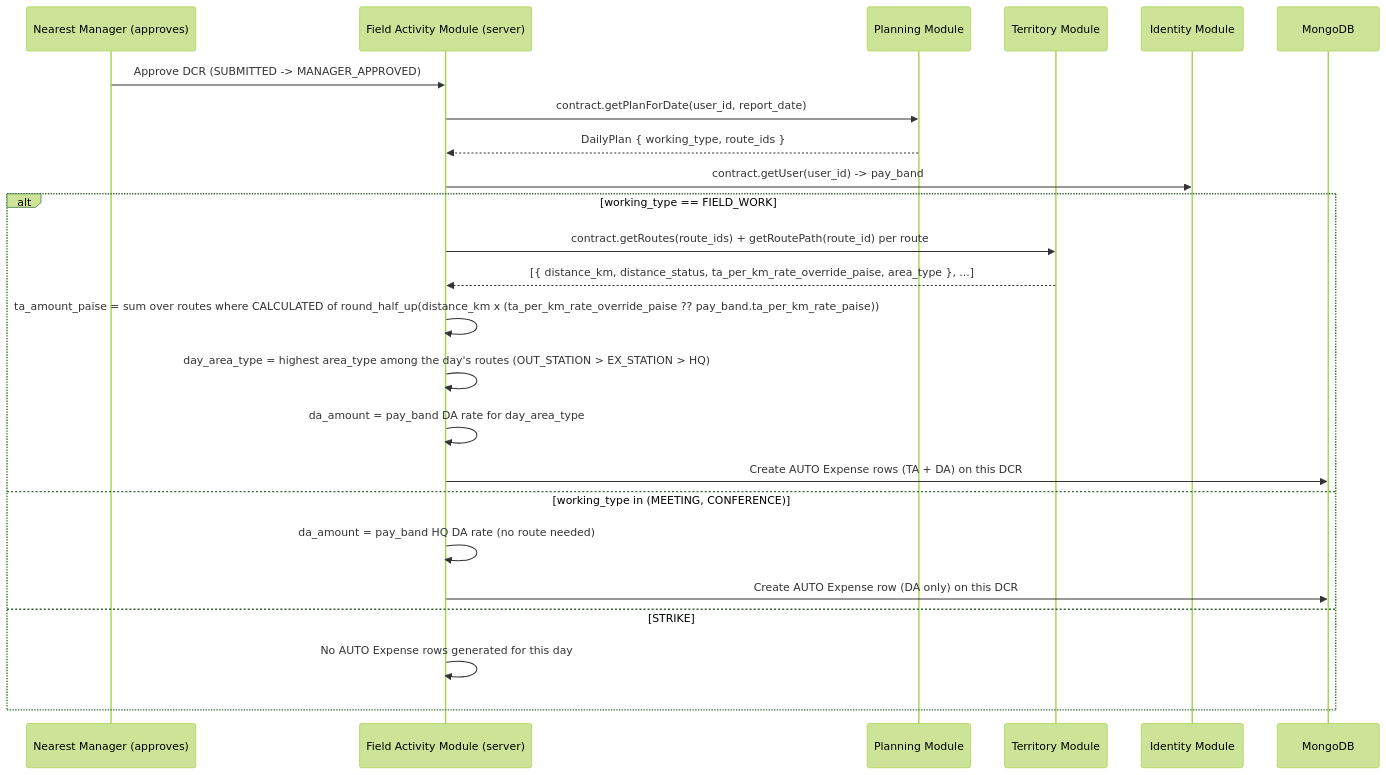
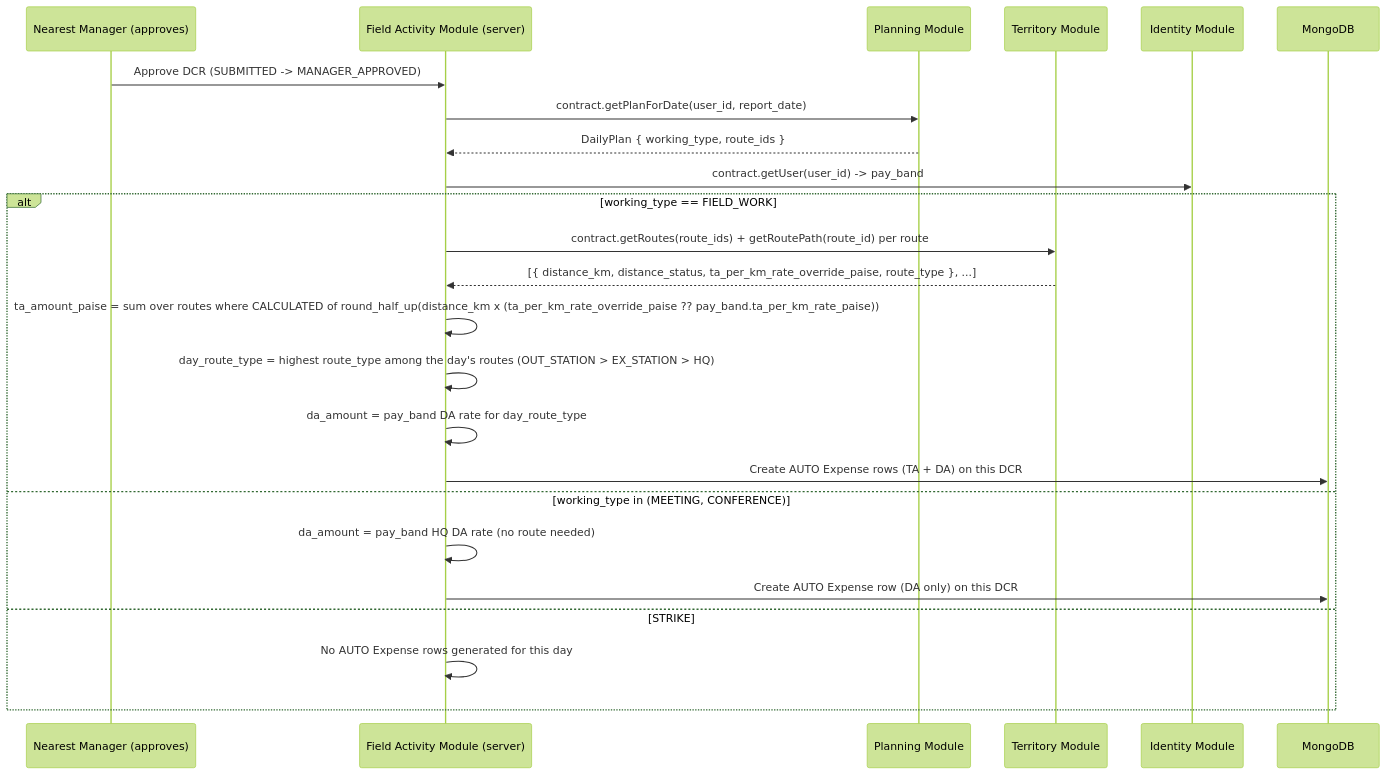
The diagram in docs/hld/06-ta-da-auto-calculation.md (reboot-ai-private-limited/greynote), drawn with Mermaid (forest theme) before and after one commit. The commit also changed other lines of this file and 14 other files, not shown here.

First line of the commit message:
docs(territory): flatten to Zone → HQ → Route — HQ base place, Route destination and type

````diff
--- a/docs/hld/06-ta-da-auto-calculation.md
+++ b/docs/hld/06-ta-da-auto-calculation.md
@@ -21,27 +21,27 @@
 ```mermaid
 sequenceDiagram
     participant Mgr as Nearest Manager (approves)
     participant FA as Field Activity Module (server)
     participant Planning as Planning Module
     participant Territory as Territory Module
     participant Identity as Identity Module
     participant DB as MongoDB
 
     Mgr->>FA: Approve DCR (SUBMITTED -> MANAGER_APPROVED)
     FA->>Planning: contract.getPlanForDate(user_id, report_date)
     Planning-->>FA: DailyPlan { working_type, route_ids }
     FA->>Identity: contract.getUser(user_id) -> pay_band
     alt working_type == FIELD_WORK
         FA->>Territory: contract.getRoutes(route_ids) + getRoutePath(route_id) per route
-        Territory-->>FA: [{ distance_km, distance_status, ta_per_km_rate_override_paise, area_type }, ...]
+        Territory-->>FA: [{ distance_km, distance_status, ta_per_km_rate_override_paise, route_type }, ...]
         FA->>FA: ta_amount_paise = sum over routes where CALCULATED of round_half_up(distance_km x (ta_per_km_rate_override_paise ?? pay_band.ta_per_km_rate_paise))
-        FA->>FA: day_area_type = highest area_type among the day's routes (OUT_STATION > EX_STATION > HQ)
-        FA->>FA: da_amount = pay_band DA rate for day_area_type
+        FA->>FA: day_route_type = highest route_type among the day's routes (OUT_STATION > EX_STATION > HQ)
+        FA->>FA: da_amount = pay_band DA rate for day_route_type
         FA->>DB: Create AUTO Expense rows (TA + DA) on this DCR
     else working_type in (MEETING, CONFERENCE)
         FA->>FA: da_amount = pay_band HQ DA rate (no route needed)
         FA->>DB: Create AUTO Expense row (DA only) on this DCR
     else STRIKE
         FA->>FA: No AUTO Expense rows generated for this day
     end
 ```
````
